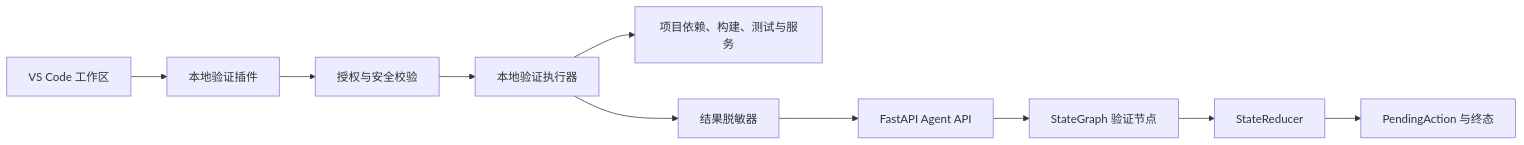
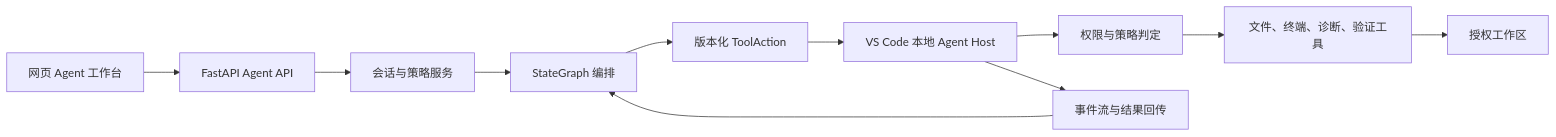
The first of 2 diagrams in .monkeycode/specs/2026-08-29-vscode-local-validation-extension/design.md (sheep-no/codingmatrix), drawn with Mermaid before and after one commit. The commit also changed other lines of this file and 2 other files, not shown here.

Commit message:
docs: define web agent local host sdd Co-authored-by: monkeycode-ai <monkeycode-ai@chaitin.com>

````diff
--- a/.monkeycode/specs/2026-08-29-vscode-local-validation-extension/design.md
+++ b/.monkeycode/specs/2026-08-29-vscode-local-validation-extension/design.md
@@ -14,12 +14,13 @@
 ```mermaid
 flowchart LR
-    VSCode["VS Code 工作区"] --> Extension["本地验证插件"]
-    Extension --> Consent["授权与安全校验"]
-    Consent --> Runner["本地验证执行器"]
-    Runner --> Workspace["项目依赖、构建、测试与服务"]
-    Runner --> Sanitizer["结果脱敏器"]
-    Sanitizer --> Cloud["FastAPI Agent API"]
-    Cloud --> StateGraph["StateGraph 验证节点"]
-    StateGraph --> Reducer["StateReducer"]
-    Reducer --> Pending["PendingAction 与终态"]
+    Web["网页 Agent 工作台"] --> Cloud["FastAPI Agent API"]
+    Cloud --> Session["会话与策略服务"]
+    Session --> Graph["StateGraph 编排"]
+    Graph --> Envelope["版本化 ToolAction"]
+    Envelope --> Host["VS Code 本地 Agent Host"]
+    Host --> Consent["权限与策略判定"]
+    Consent --> Tools["文件、终端、诊断、验证工具"]
+    Tools --> Workspace["授权工作区"]
+    Host --> Events["事件流与结果回传"]
+    Events --> Graph
 ```
````
